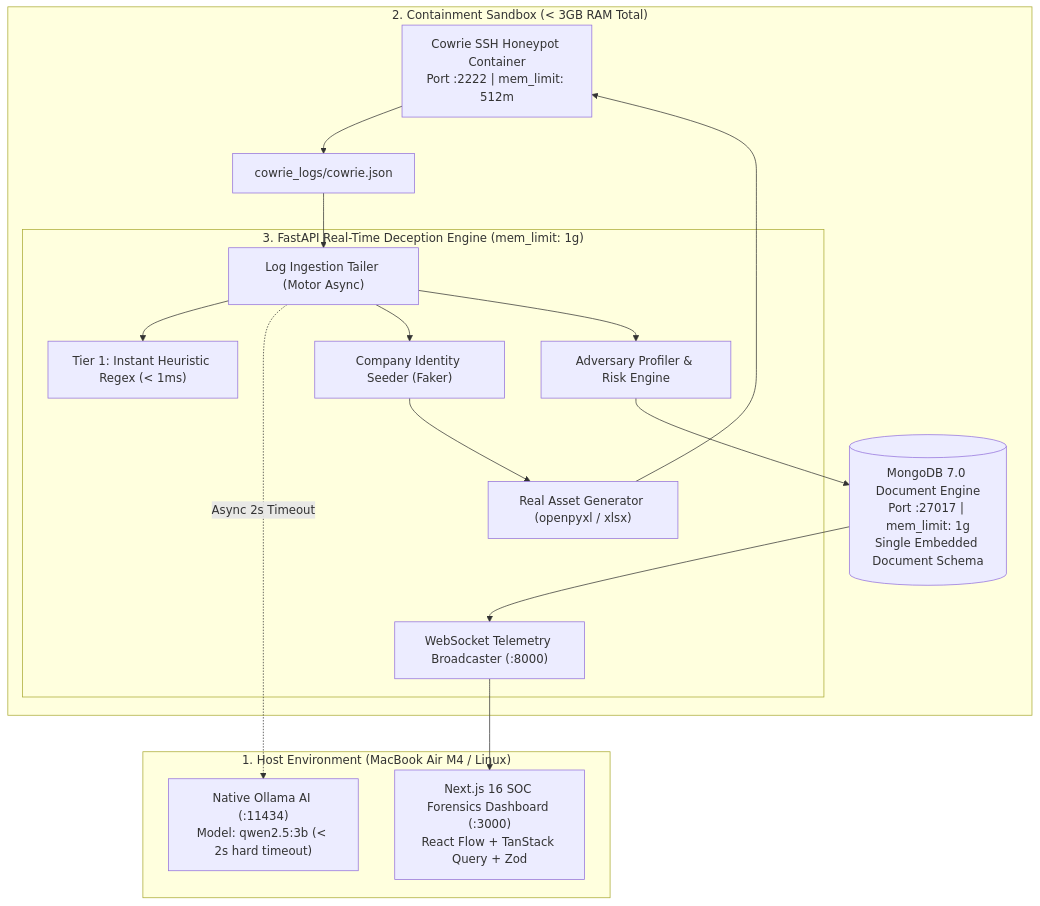
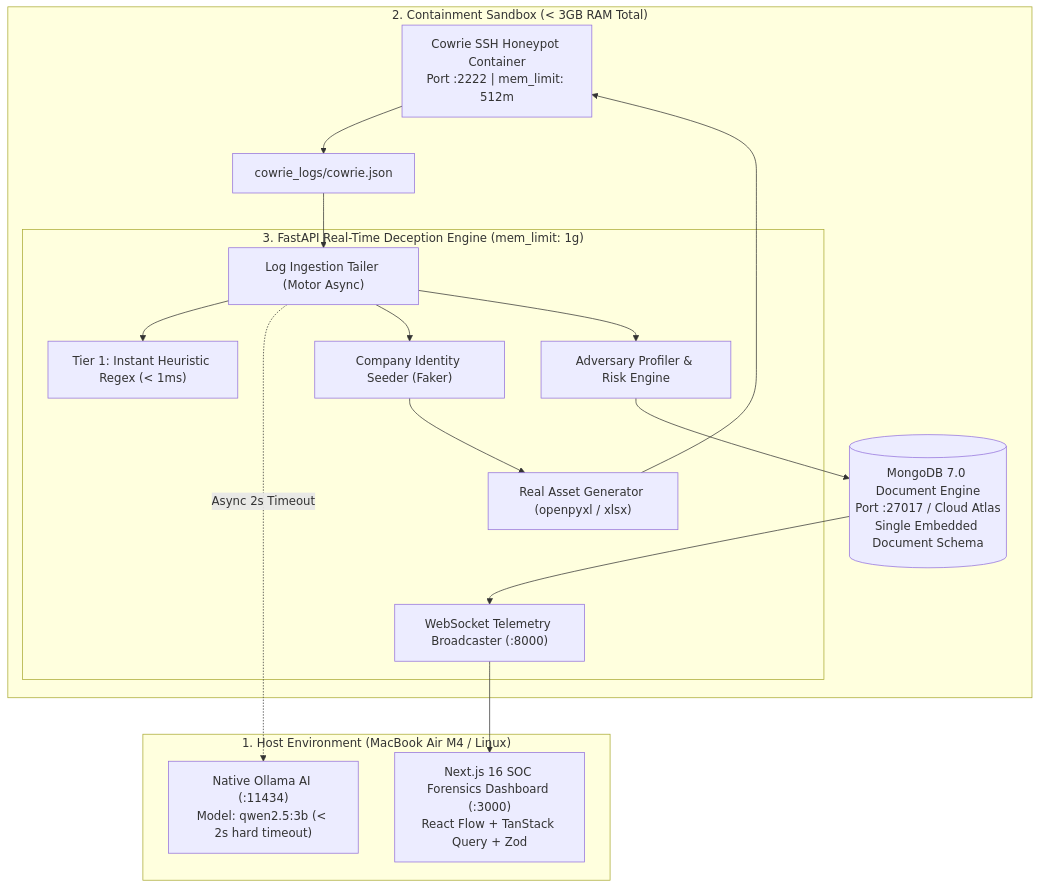
Before and after one commit to prathameshmore07/honeynet: the diagram in README.md, drawn with Mermaid. The commit also changed other lines of this file and 15 other files, not shown here.

Commit message:
feat: complete HoneyNet adaptive AI deception core, MongoDB cloud persistence, Next.js SOC forensics lab, and security test audit

````diff
--- a/README.md
+++ b/README.md
@@ -60,31 +67,31 @@
 ```mermaid
 flowchart TD
     subgraph HostLayer ["1. Host Environment (MacBook Air M4 / Linux)"]
         NativeOllama["Native Ollama AI (:11434)<br>Model: qwen2.5:3b (< 2s hard timeout)"]
         NextJS["Next.js 16 SOC Forensics Dashboard (:3000)<br>React Flow + TanStack Query + Zod"]
     end
 
-    subgraph DockerContainment ["2. Containment Sandbox (< 3GB RAM Total)"]
+    subgraph ContainmentSandbox ["2. Containment Sandbox (< 3GB RAM Total)"]
         Cowrie["Cowrie SSH Honeypot Container<br>Port :2222 | mem_limit: 512m"]
         CowrieLog["cowrie_logs/cowrie.json"]
         
-        MongoDB[("MongoDB 7.0 Document Engine<br>Port :27017 | mem_limit: 1g<br>Single Embedded Document Schema")]
+        MongoDB[("MongoDB 7.0 Document Engine<br>Port :27017 / Cloud Atlas<br>Single Embedded Document Schema")]
         
         subgraph FastAPIBackend ["3. FastAPI Real-Time Deception Engine (mem_limit: 1g)"]
             Tailer["Log Ingestion Tailer (Motor Async)"]
             RegexEngine["Tier 1: Instant Heuristic Regex (< 1ms)"]
             IdSeeder["Company Identity Seeder (Faker)"]
             AssetEngine["Real Asset Generator (openpyxl / xlsx)"]
             Profiler["Adversary Profiler & Risk Engine"]
             WSManager["WebSocket Telemetry Broadcaster (:8000)"]
         end
 
         Cowrie --> CowrieLog
         CowrieLog --> Tailer
         Tailer --> RegexEngine
         Tailer -.->|Async 2s Timeout| NativeOllama
         Tailer --> IdSeeder --> AssetEngine --> Cowrie
         Tailer --> Profiler --> MongoDB
         MongoDB --> WSManager --> NextJS
     end
 ```
````
